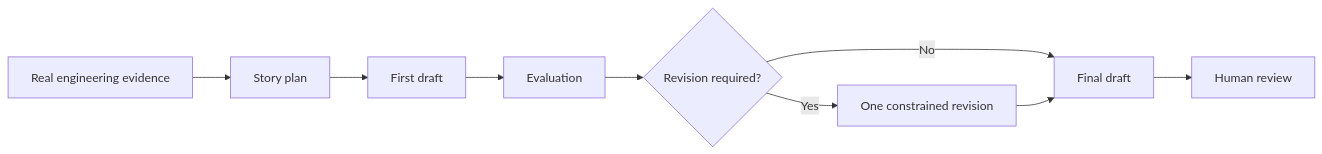
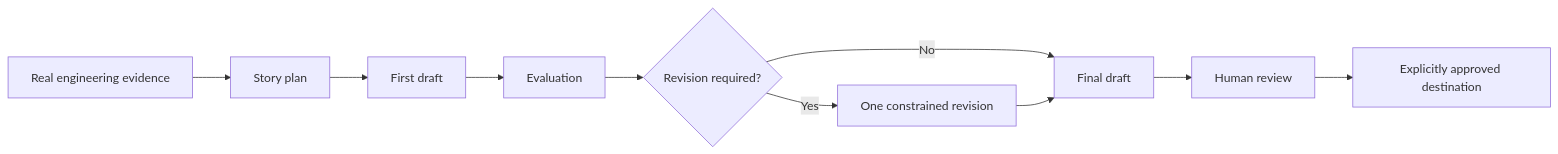
One commit to langju123456/BuildLog changed the diagram in README.md. Above: the diagram before and after it, drawn with Mermaid. The commit also changed other lines of this file and 46 other files, not shown here.

````diff
--- a/README.md
+++ b/README.md
@@ -91,11 +95,12 @@
 ```mermaid
 flowchart LR
     A["Real engineering evidence"] --> B["Story plan"]
     B --> C["First draft"]
     C --> D["Evaluation"]
     D --> E{"Revision required?"}
     E -->|"No"| G["Final draft"]
     E -->|"Yes"| F["One constrained revision"]
     F --> G
     G --> H["Human review"]
+    H --> I["Explicitly approved destination"]
 ```
````
